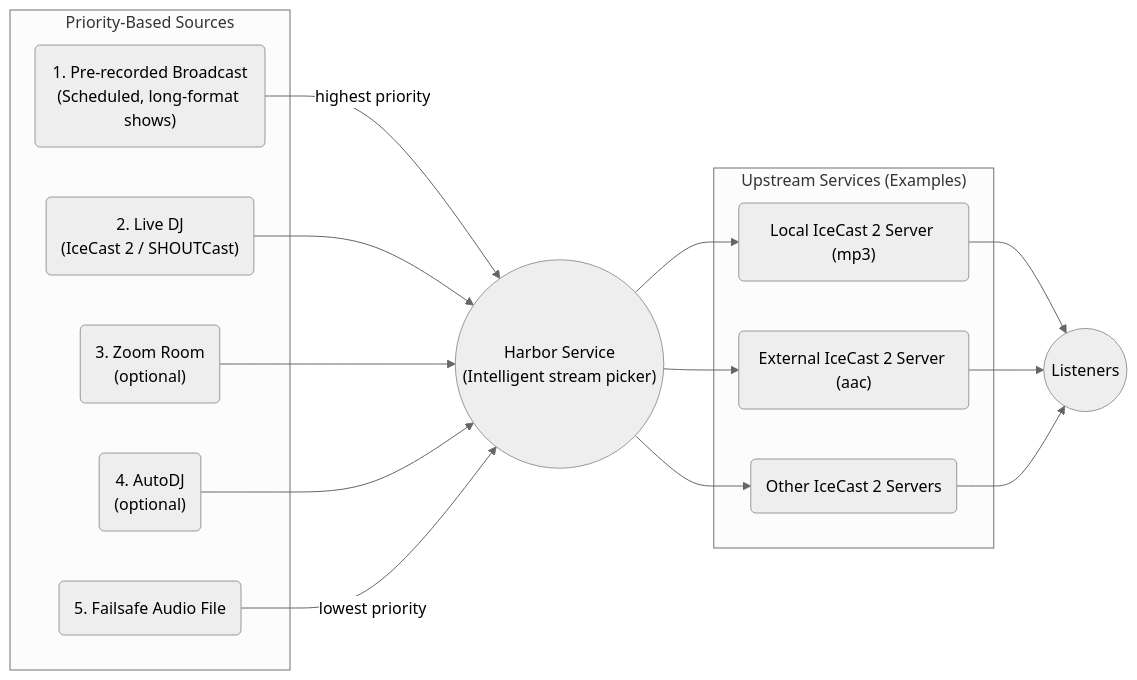
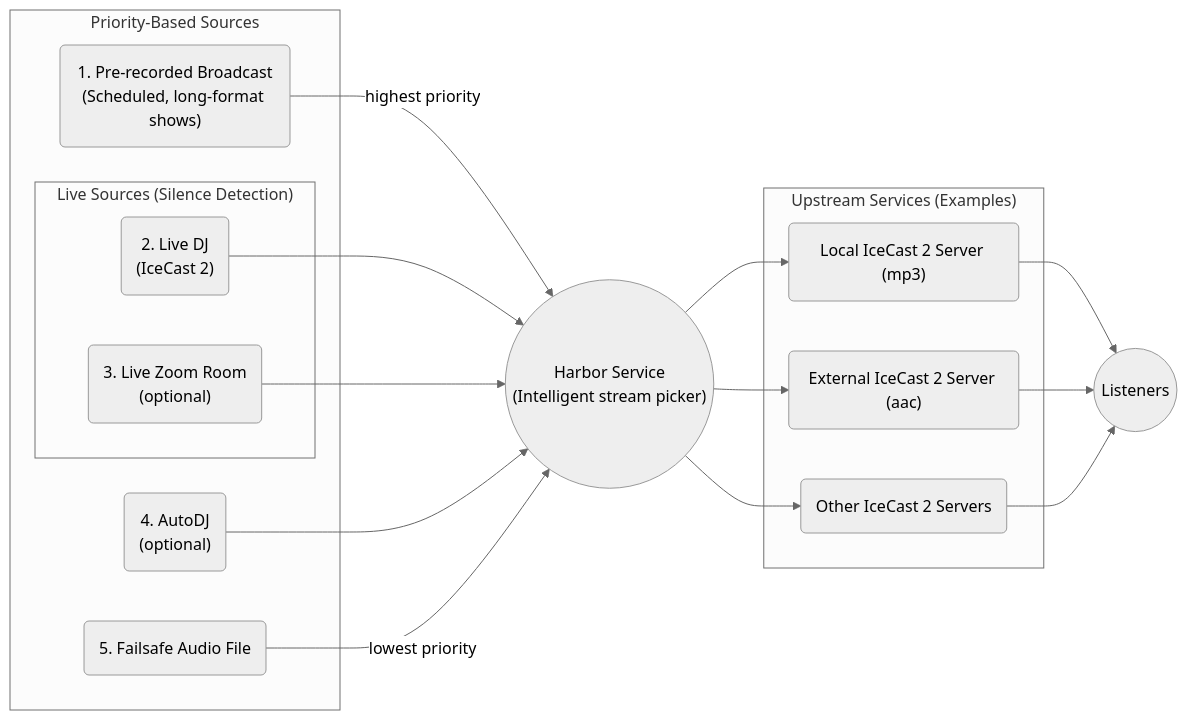
One commit to dtcooper/crazyarms changed the diagram in docs/index.md. Above: the diagram before and after it, drawn with Mermaid (neutral theme). The commit also changed other lines of this file and 2 other files, not shown here.

````diff
--- a/docs/index.md
+++ b/docs/index.md
@@ -107,34 +44,36 @@
 ```mermaid
 flowchart LR
     subgraph sources ["Priority-Based Sources"]
         prerecord("1. Pre-recorded Broadcast<br>(Scheduled, long-format shows)")
-        dj("2. Live DJ<br>(IceCast 2 / SHOUTCast)")
-        zoom("3. Zoom Room<br>(optional)")
+        subgraph live-sources ["Live Sources (Silence Detection)"]
+            dj("2. Live DJ<br>(IceCast 2)")
+            zoom("3. Live Zoom Room<br>(optional)")
+        end
         autodj("4. AutoDJ<br>(optional)")
         failsafe(5. Failsafe Audio File)
     end
 
     harbor(("Harbor Service<br>(Intelligent stream picker)"))
 
     prerecord -->|highest priority| harbor
     dj --> harbor
     zoom --> harbor
     autodj --> harbor
     failsafe -->|lowest priority| harbor
 
     subgraph upstreams ["Upstream Services (Examples)"]
         icecast1("Local IceCast 2 Server (mp3)")
         icecast2("External IceCast 2 Server (aac)")
         icecastOthers("Other IceCast 2 Servers")
     end
 
     harbor --> icecast1
     harbor --> icecast2
     harbor --> icecastOthers
 
     listeners(("Listeners"))
 
     icecast1 --> listeners
     icecast2 --> listeners
     icecastOthers --> listeners
 ```
````
